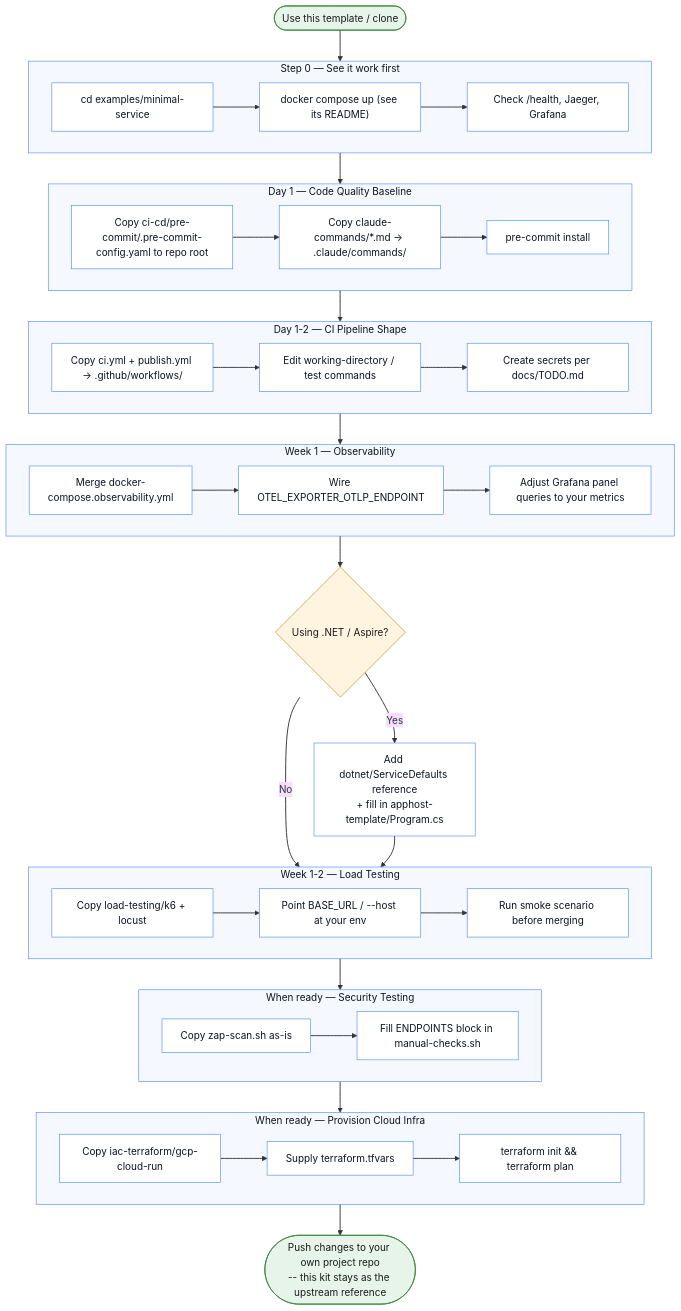
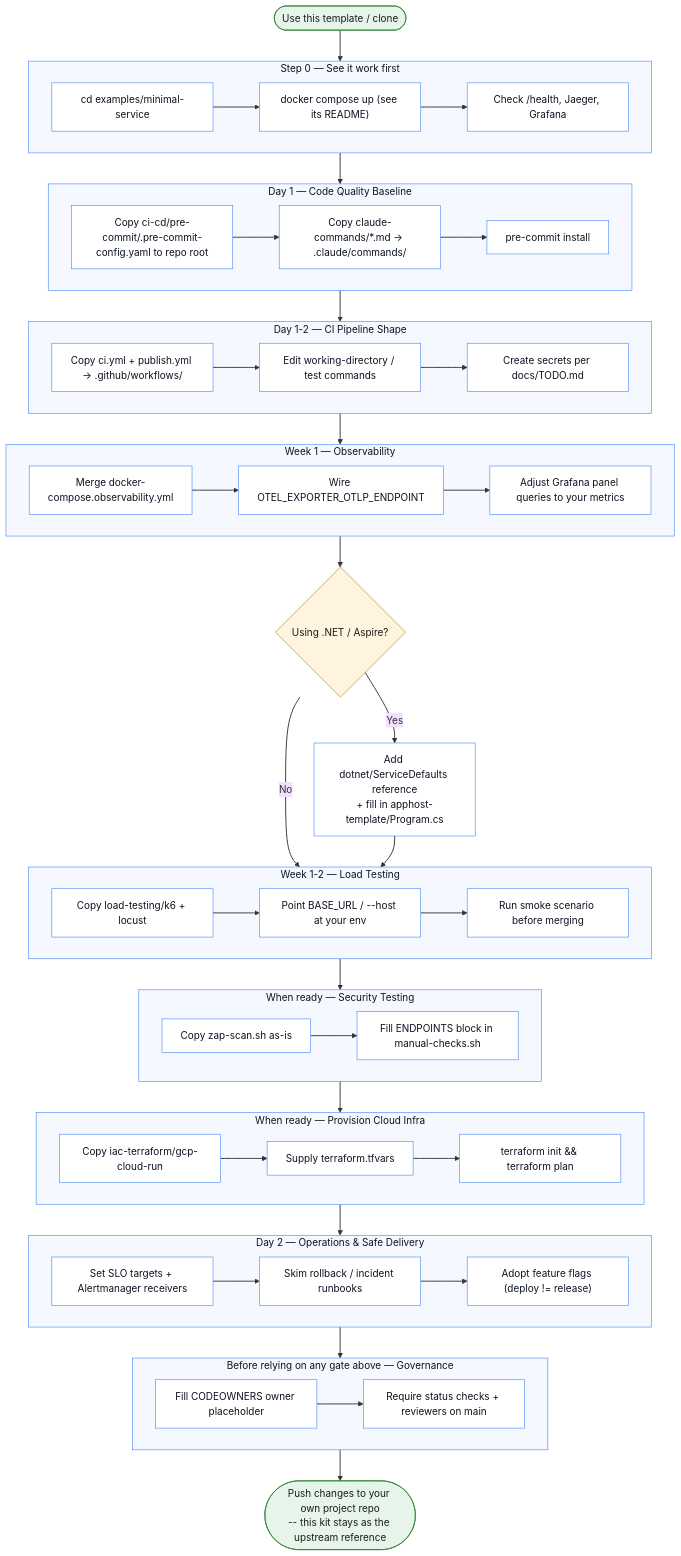
One commit to jaricsng/platform-starter-kit changed the diagram in docs/GETTING-STARTED.md. Above: the diagram before and after it, drawn with Mermaid (base theme). The commit also changed other lines of this file and 32 other files, not shown here.

````diff
--- a/docs/GETTING-STARTED.md
+++ b/docs/GETTING-STARTED.md
@@ -71,13 +71,30 @@
         i1 --> i2 --> i3
     end
 
-    iacStep --> done(["Push changes to your own project repo\n-- this kit stays as the upstream reference"])
+    iacStep --> opsStep
+
+    subgraph opsStep["Day 2 — Operations & Safe Delivery"]
+        op1["Set SLO targets + Alertmanager receivers"]
+        op2["Skim rollback / incident runbooks"]
+        op3["Adopt feature flags (deploy != release)"]
+        op1 --> op2 --> op3
+    end
+
+    opsStep --> govStep
+
+    subgraph govStep["Before relying on any gate above — Governance"]
+        g1["Fill CODEOWNERS owner placeholder"]
+        g2["Require status checks + reviewers on main"]
+        g1 --> g2
+    end
+
+    govStep --> done(["Push changes to your own project repo\n-- this kit stays as the upstream reference"])
 
     classDef terminal fill:#e6f4ea,stroke:#2e7d32,color:#1a1a1a,stroke-width:1px;
     classDef step fill:#ffffff,stroke:#4c8bf5,color:#0b1320,stroke-width:1px;
     classDef decision fill:#fff4e0,stroke:#b8860b,color:#1a1a1a,stroke-width:1px;
     class start,done terminal;
-    class t1,t2,t3,d1a,d1b,d1c,c1,c2,c3,o1,o2,o3,aspireStep,l1,l2,l3,s1,s2,i1,i2,i3 step;
+    class t1,t2,t3,d1a,d1b,d1c,c1,c2,c3,o1,o2,o3,aspireStep,l1,l2,l3,s1,s2,i1,i2,i3,op1,op2,op3,g1,g2 step;
     class aspireCheck decision;
 
     style tryit fill:#f5f8ff,stroke:#4c8bf5,color:#0b1320
@@ -87,6 +104,8 @@
     style loadStep fill:#f5f8ff,stroke:#4c8bf5,color:#0b1320
     style secStep fill:#f5f8ff,stroke:#4c8bf5,color:#0b1320
     style iacStep fill:#f5f8ff,stroke:#4c8bf5,color:#0b1320
+    style opsStep fill:#f5f8ff,stroke:#4c8bf5,color:#0b1320
+    style govStep fill:#f5f8ff,stroke:#4c8bf5,color:#0b1320
 
     linkStyle default stroke:#333333,stroke-width:1.5px;
 ```
````
